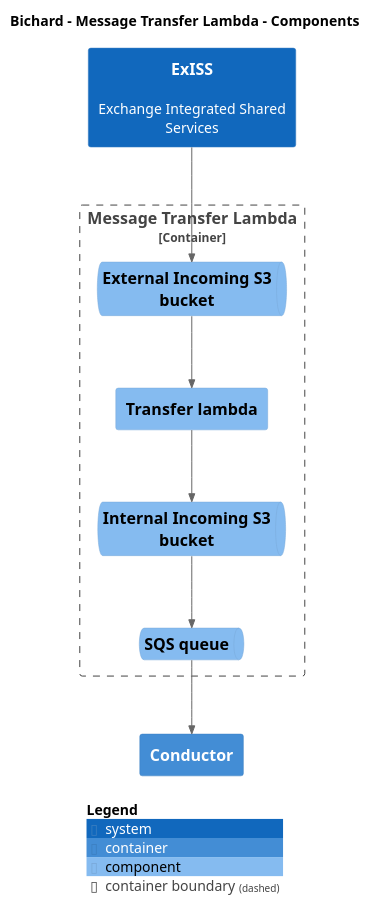
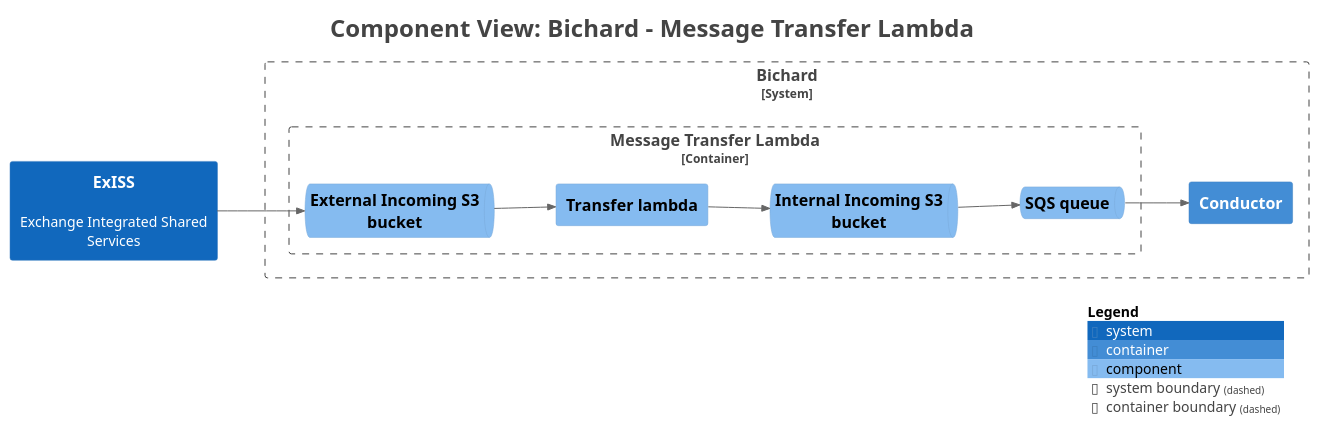
The diagram in main/puml/Component-002.puml (ministryofjustice/bichard7-next-core), drawn with PlantUML before and after one commit. The commit also changed 143 other files, not shown here.

```diff
--- a/main/puml/Component-002.puml
+++ b/main/puml/Component-002.puml
@@ -1,29 +1,40 @@
 @startuml
+title <size:24>Component View: Bichard - Message Transfer Lambda</size>
+
 set separator none
-title Bichard - Message Transfer Lambda - Components
+left to right direction
 
-top to bottom direction
+<style>
+  root {
+    BackgroundColor: #ffffff
+    FontColor: #444444
+  }
+</style>
 
 !include <C4/C4>
 !include <C4/C4_Context>
 !include <C4/C4_Container>
 !include <C4/C4_Component>
 
 System(ExISS, "ExISS", $descr="Exchange Integrated Shared Services", $tags="", $link="")
-Container(Bichard.Conductor, "Conductor", $techn="", $descr="", $tags="", $link="")
 
-Container_Boundary("Bichard.MessageTransferLambda_boundary", "Message Transfer Lambda", $tags="") {
-  ComponentQueue(Bichard.MessageTransferLambda.ExternalIncomingS3bucket, "External Incoming S3 bucket", $techn="", $descr="", $tags="", $link="")
-  Component(Bichard.MessageTransferLambda.Transferlambda, "Transfer lambda", $techn="", $descr="", $tags="", $link="")
-  ComponentQueue(Bichard.MessageTransferLambda.InternalIncomingS3bucket, "Internal Incoming S3 bucket", $techn="", $descr="", $tags="", $link="")
-  ComponentQueue(Bichard.MessageTransferLambda.SQSqueue, "SQS queue", $techn="", $descr="", $tags="", $link="")
+System_Boundary("Bichard_boundary", "Bichard", $tags="") {
+  Container_Boundary("Bichard.MessageTransferLambda_boundary", "Message Transfer Lambda", $tags="") {
+    ComponentQueue(Bichard.MessageTransferLambda.ExternalIncomingS3bucket, "External Incoming S3 bucket", $techn="", $descr="", $tags="", $link="")
+    Component(Bichard.MessageTransferLambda.Transferlambda, "Transfer lambda", $techn="", $descr="", $tags="", $link="")
+    ComponentQueue(Bichard.MessageTransferLambda.InternalIncomingS3bucket, "Internal Incoming S3 bucket", $techn="", $descr="", $tags="", $link="")
+    ComponentQueue(Bichard.MessageTransferLambda.SQSqueue, "SQS queue", $techn="", $descr="", $tags="", $link="")
+  }
+
+  Container(Bichard.Conductor, "Conductor", $techn="", $descr="", $tags="", $link="")
 }
 
 Rel(Bichard.MessageTransferLambda.SQSqueue, Bichard.Conductor, "", $techn="", $tags="", $link="")
 Rel(ExISS, Bichard.MessageTransferLambda.ExternalIncomingS3bucket, "", $techn="", $tags="", $link="")
 Rel(Bichard.MessageTransferLambda.ExternalIncomingS3bucket, Bichard.MessageTransferLambda.Transferlambda, "", $techn="", $tags="", $link="")
 Rel(Bichard.MessageTransferLambda.Transferlambda, Bichard.MessageTransferLambda.InternalIncomingS3bucket, "", $techn="", $tags="", $link="")
 Rel(Bichard.MessageTransferLambda.InternalIncomingS3bucket, Bichard.MessageTransferLambda.SQSqueue, "", $techn="", $tags="", $link="")
 
 SHOW_LEGEND(true)
+hide stereotypes
 @enduml
```
